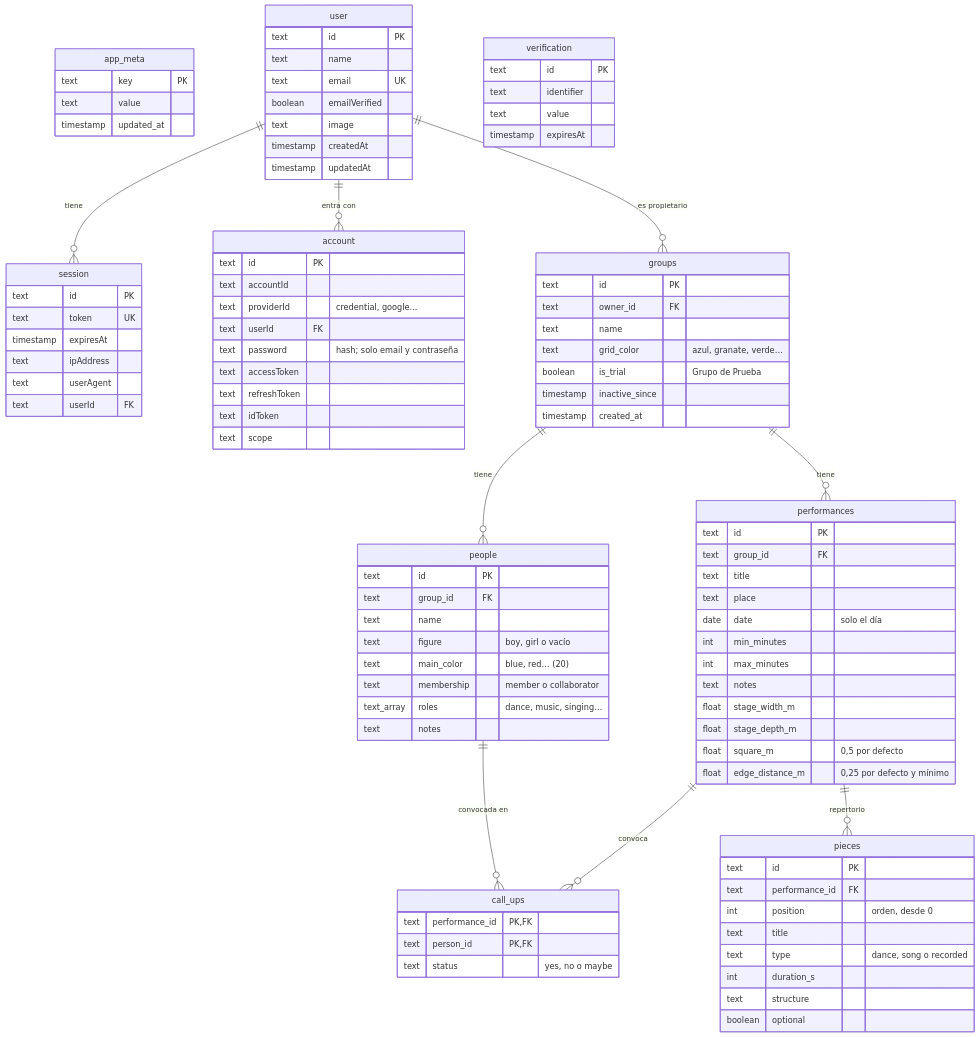
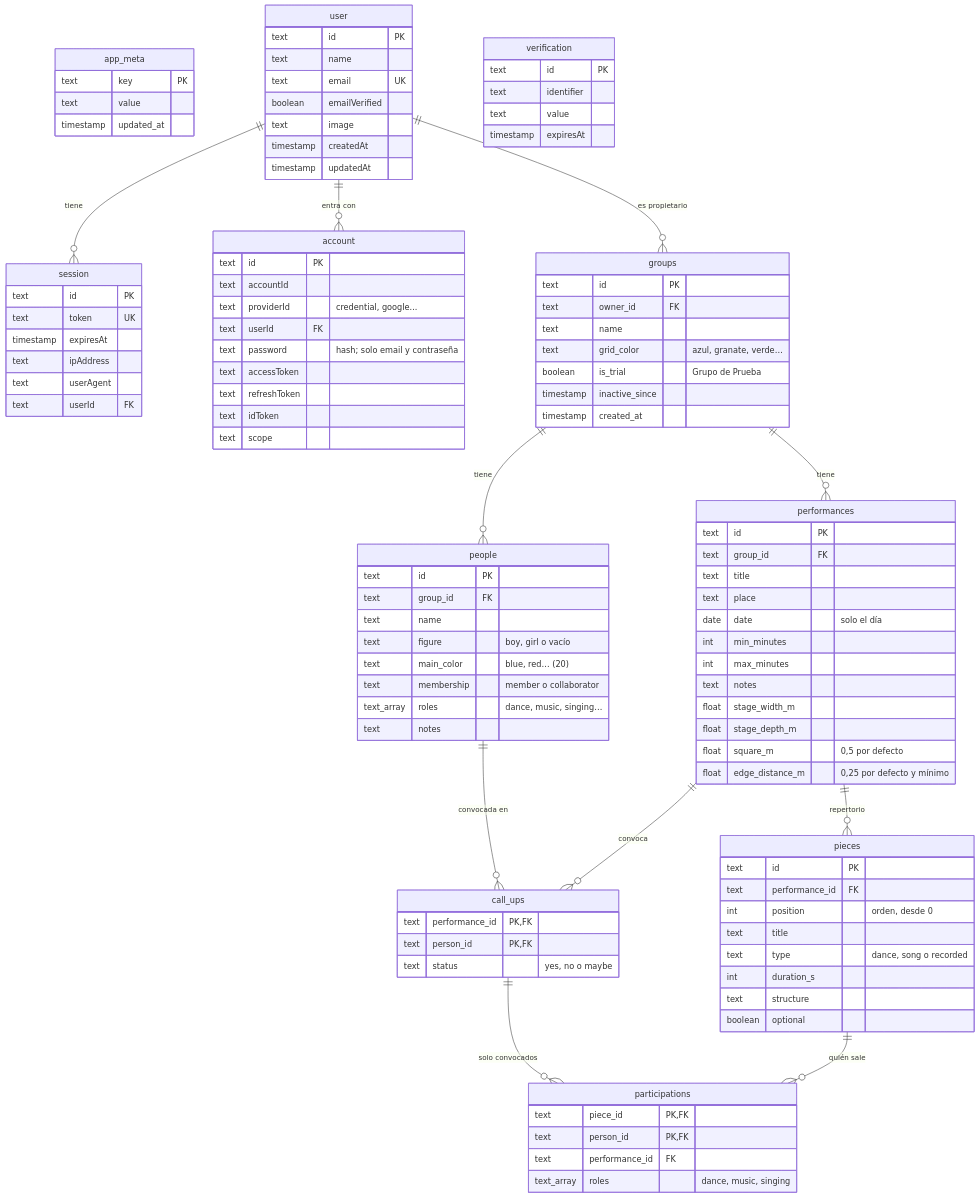
Before and after one commit to juananmgz/cuadrocorrocalle: the first of 2 diagrams in documentation/database.md, drawn with Mermaid. The commit also changed other lines of this file and 35 other files, not shown here.

```diff
--- a/documentation/database.md
+++ b/documentation/database.md
@@ -110,6 +111,14 @@
     text structure
     boolean optional
   }
+  pieces ||--o{ participations : "quién sale"
+  call_ups ||--o{ participations : "solo convocados"
+  participations {
+    text piece_id PK,FK
+    text person_id PK,FK
+    text performance_id FK
+    text_array roles "dance, music, singing"
+  }
   verification {
     text id PK
     text identifier
```
